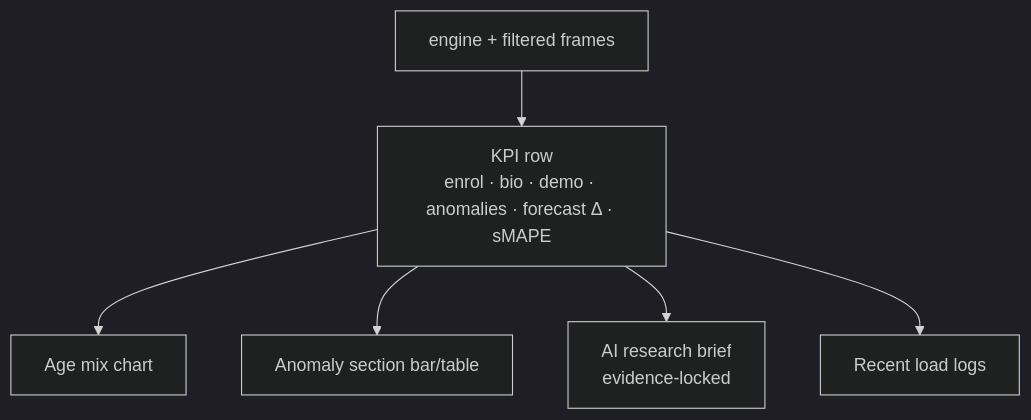
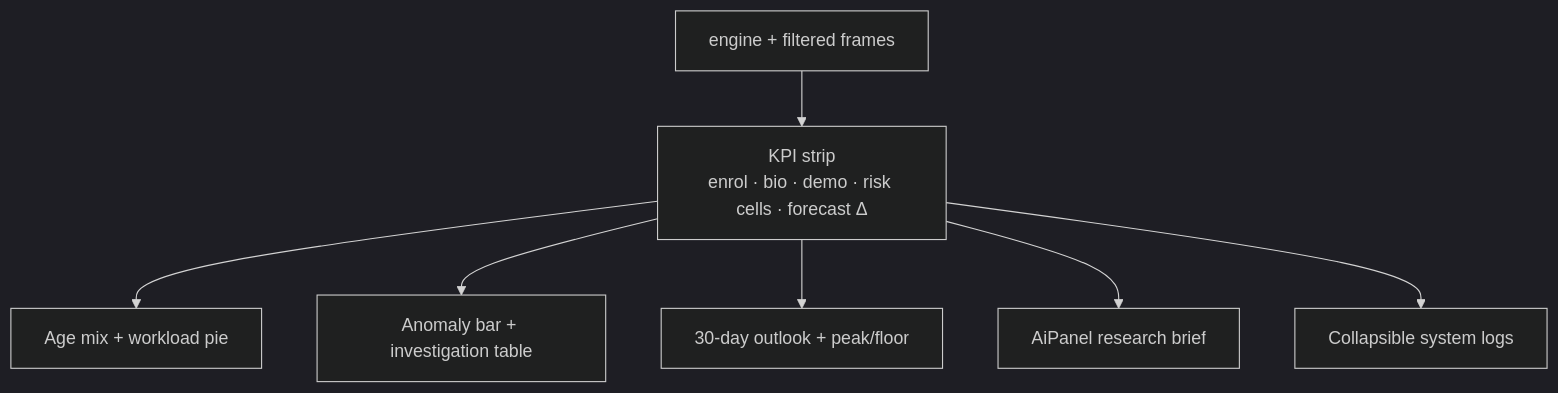
Diagram 15 of 24 in flowchart.md (NetRunnerXD/Aadhaar-Intel-Engine-UIDAI), drawn with Mermaid (dark theme) before and after one commit. The commit also changed other lines of this file and 1 other file, not shown here.

First line of the commit message:
docs: update flowchart and feature parity for dual UI stack

````diff
--- a/flowchart.md
+++ b/flowchart.md
@@ -389,8 +497,9 @@
 ```mermaid
 flowchart TD
-    IN[engine + filtered frames] --> KPI[KPI row<br/>enrol · bio · demo · anomalies · forecast Δ · sMAPE]
-    KPI --> AGE[Age mix chart]
-    KPI --> AN[Anomaly section bar/table]
-    KPI --> BRIEF[AI research brief<br/>evidence-locked]
-    KPI --> LOGS[Recent load logs]
+    IN[engine + filtered frames] --> KPI[KPI strip<br/>enrol · bio · demo · risk cells · forecast Δ]
+    KPI --> MIX[Age mix + workload pie]
+    KPI --> AN[Anomaly bar + investigation table]
+    KPI --> OUT[30-day outlook + peak/floor]
+    KPI --> BRIEF[AiPanel research brief]
+    KPI --> LOGS[Collapsible system logs]
 ```
````
